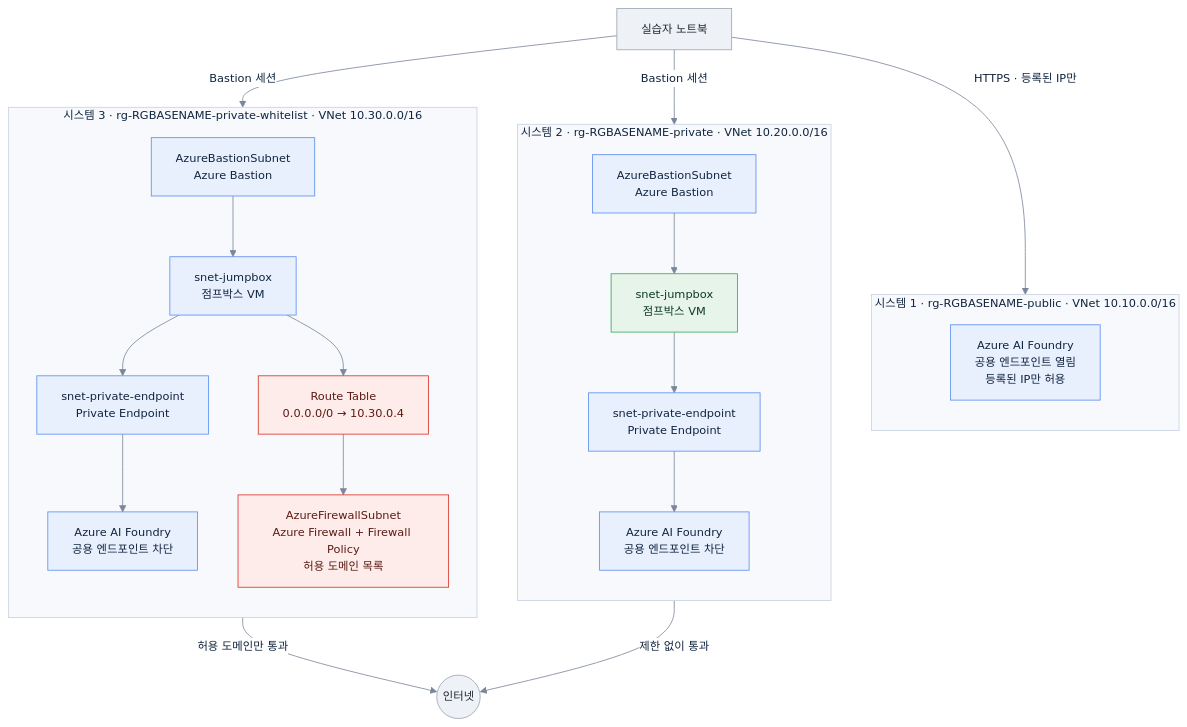
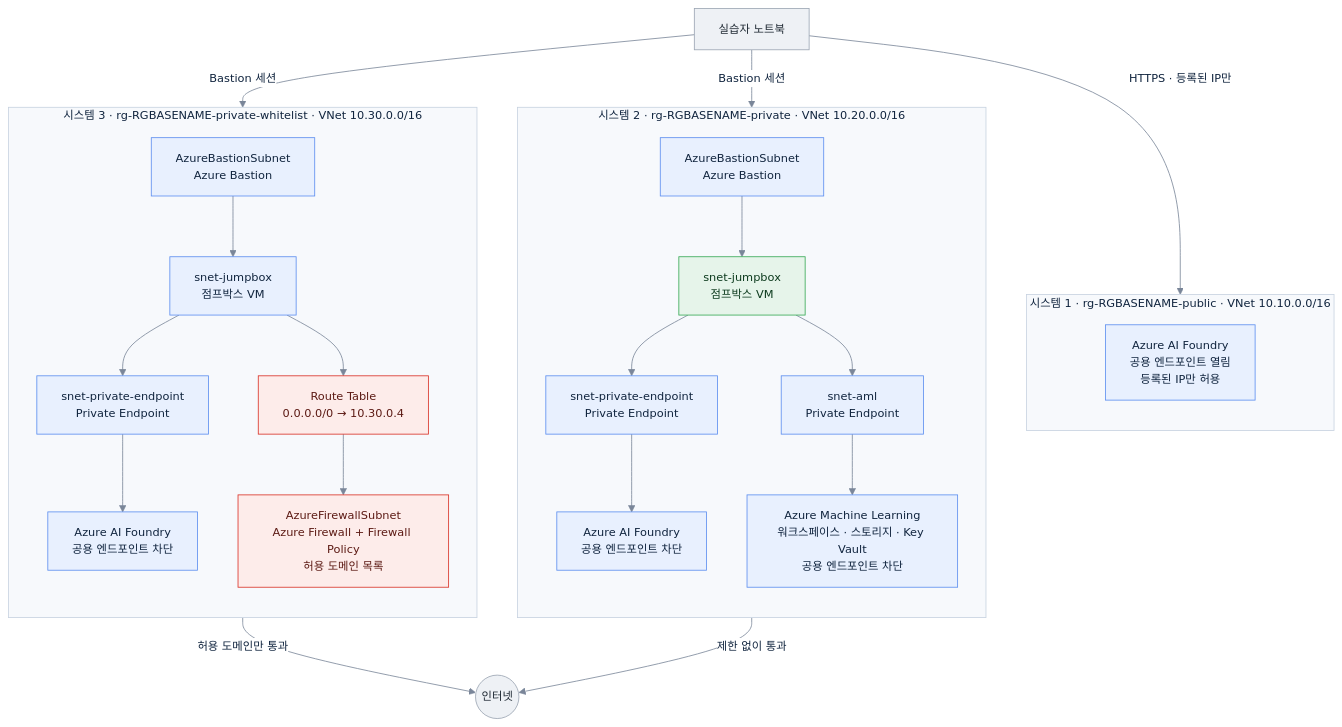
One commit to ivorycloud1013/lab-azure-hol-ai-services changed the first of 2 diagrams in iac/README.md. Above: the diagram before and after it, drawn with Mermaid. The commit also changed other lines of this file and 11 other files, not shown here.

First line of the commit message:
feat: private VNet 의 전용 서브넷에 Azure Machine Learning 배포

````diff
--- a/iac/README.md
+++ b/iac/README.md
@@ -13,48 +13,51 @@
 ```mermaid
 %%{init: {"theme":"base","themeVariables":{"fontFamily":"-apple-system, BlinkMacSystemFont, Segoe UI, Helvetica, Arial, sans-serif","fontSize":"14px","primaryColor":"#e8f0fe","primaryTextColor":"#10243e","primaryBorderColor":"#5b8def","lineColor":"#7a8699","textColor":"#10243e","clusterBkg":"#f7f9fc","clusterBorder":"#c7d2e0","titleColor":"#10243e","edgeLabelBackground":"#ffffff"}}}%%
 flowchart TB
     laptop["실습자 노트북"]
     internet(("인터넷"))
 
     subgraph PUB["시스템 1 · rg-RGBASENAME-public · VNet 10.10.0.0/16"]
         direction TB
         pubAi["Azure AI Foundry<br/>공용 엔드포인트 열림<br/>등록된 IP만 허용"]
     end
 
     subgraph PRV["시스템 2 · rg-RGBASENAME-private · VNet 10.20.0.0/16"]
         direction TB
         prvBas["AzureBastionSubnet<br/>Azure Bastion"]
         prvJb["snet-jumpbox<br/>점프박스 VM"]
         prvPe["snet-private-endpoint<br/>Private Endpoint"]
         prvAi["Azure AI Foundry<br/>공용 엔드포인트 차단"]
+        prvAml["snet-aml<br/>Private Endpoint"]
+        prvMl["Azure Machine Learning<br/>워크스페이스 · 스토리지 · Key Vault<br/>공용 엔드포인트 차단"]
         prvBas --> prvJb --> prvPe --> prvAi
+        prvJb --> prvAml --> prvMl
     end
 
     subgraph PWL["시스템 3 · rg-RGBASENAME-private-whitelist · VNet 10.30.0.0/16"]
         direction TB
         pwlBas["AzureBastionSubnet<br/>Azure Bastion"]
         pwlJb["snet-jumpbox<br/>점프박스 VM"]
         pwlPe["snet-private-endpoint<br/>Private Endpoint"]
         pwlAi["Azure AI Foundry<br/>공용 엔드포인트 차단"]
         pwlRt["Route Table<br/>0.0.0.0/0 → 10.30.0.4"]
         pwlFw["AzureFirewallSubnet<br/>Azure Firewall + Firewall Policy<br/>허용 도메인 목록"]
         pwlBas --> pwlJb --> pwlPe --> pwlAi
         pwlJb --> pwlRt --> pwlFw
     end
 
     laptop -->|"HTTPS · 등록된 IP만"| pubAi
     laptop -->|"Bastion 세션"| prvBas
     laptop -->|"Bastion 세션"| pwlBas
     prvJb -->|"제한 없이 통과"| internet
     pwlFw -->|"허용 도메인만 통과"| internet
 
     classDef entry fill:#eef1f5,stroke:#9aa4b2,color:#1f2933
     classDef ai fill:#e8f0fe,stroke:#5b8def,color:#10243e
     classDef guard fill:#fdecea,stroke:#d93025,color:#5c1a14
     classDef open fill:#e6f4ea,stroke:#34a853,color:#0d3b1e
 
     class laptop,internet entry
     class pubAi,prvAi,pwlAi ai
     class pwlRt,pwlFw guard
     class prvJb open
 ```
````
